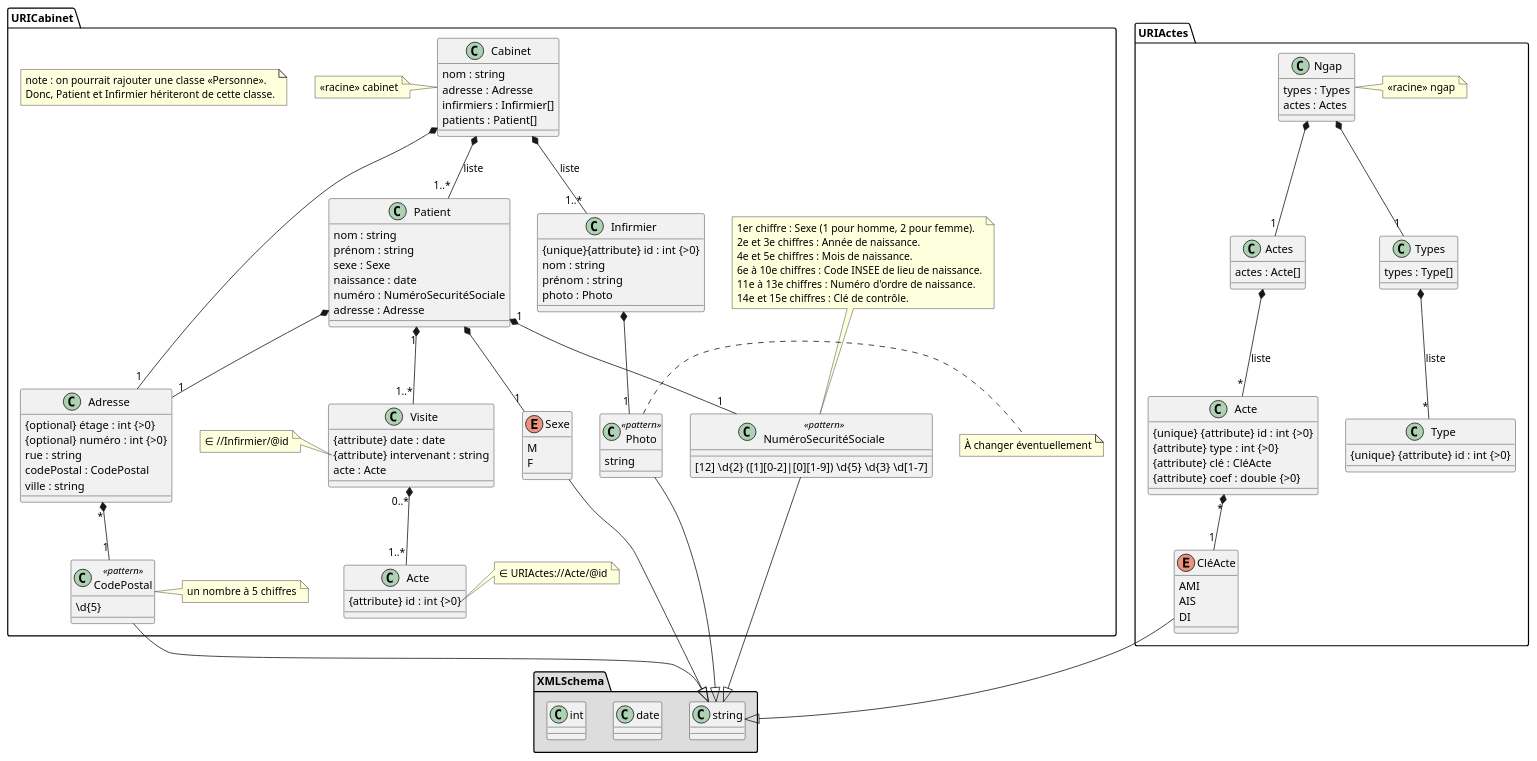
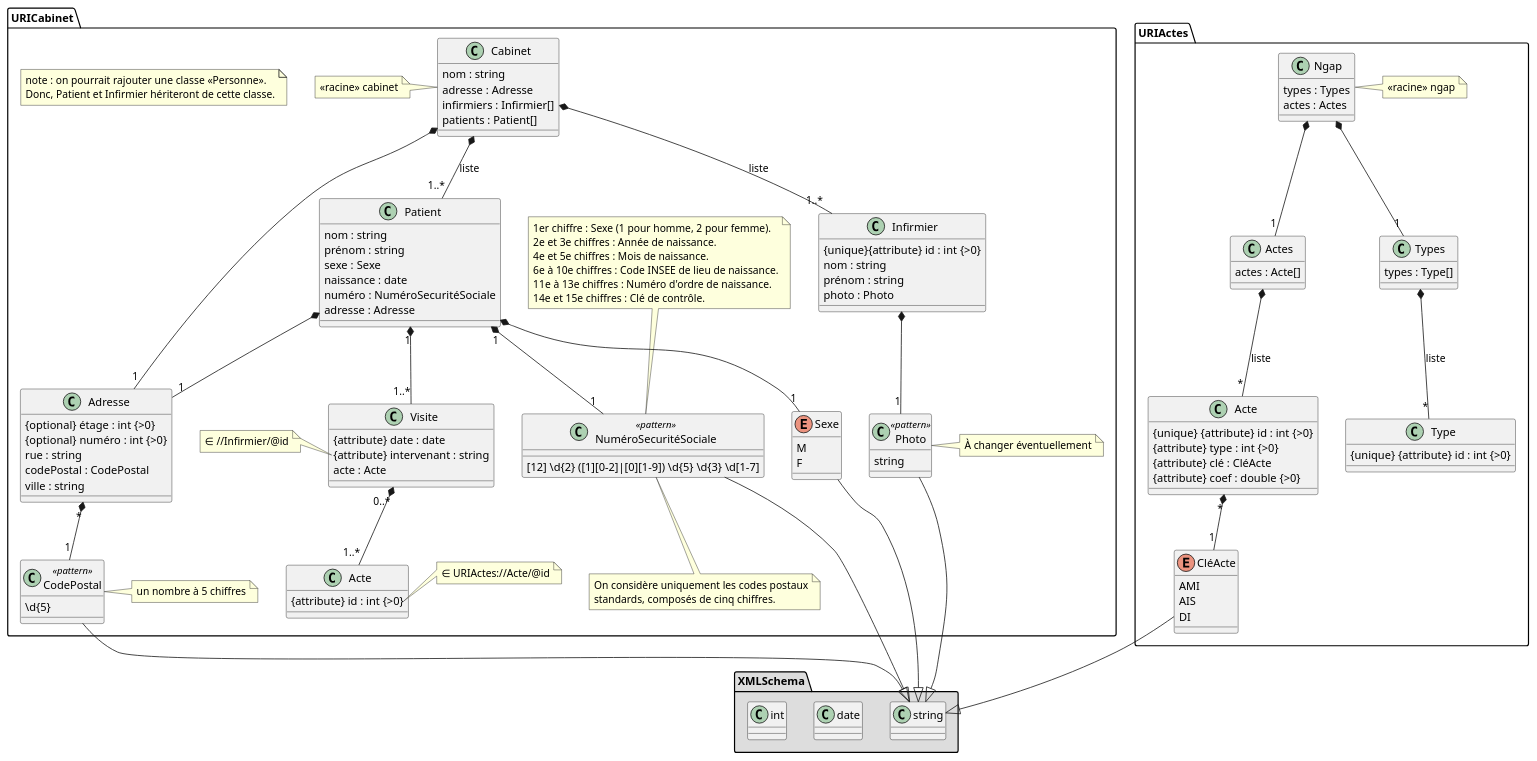
Before and after one commit to TennesseeAlves/CabinetInfirmier: the diagram in data/uml/cabinet.puml, drawn with PlantUML.

Commit message:
minor change cabinet.puml

```diff
--- a/data/uml/cabinet.puml
+++ b/data/uml/cabinet.puml
@@ -1,167 +1,171 @@
 @startuml
 
 'skinparam linetype ortho
 'l'instruction au dessus est pour avoir des lignes orthogonales...
 
 package XMLSchema #DDDDDD {
     class string
     class date
     class int
 }
 
 package URICabinet {
     note as noteHeritagePersonne
         note : on pourrait rajouter une classe «Personne».
         Donc, Patient et Infirmier hériteront de cette classe.
     end note
     
     class Cabinet {
         nom : string
         adresse : Adresse
         infirmiers : Infirmier[]
         patients : Patient[]
     }
     note left of Cabinet
         <<racine>> cabinet
     end note
     
     class Infirmier {
         {unique}{attribute} id : int {>0} 
         nom : string
         prénom : string
         photo : Photo
     }
     class Photo <<pattern>> {
         string
     }
     note right of Photo
         À changer éventuellement
     end note
     
     class Patient {
         nom : string
         prénom : string
         sexe : Sexe
         naissance : date
         numéro : NuméroSecuritéSociale
         adresse : Adresse
     }
     
     class Adresse {
         {optional} étage : int {>0}
         {optional} numéro : int {>0}
         rue : string
         codePostal : CodePostal
         ville : string
     }
     
     Enum Sexe  {
         M
         F
     }
     
     class NuméroSecuritéSociale <<pattern>> {
         [12] \d{2} ([1][0-2]|[0][1-9]) \d{5} \d{3} \d[1-7]
     }
     note top of NuméroSecuritéSociale
         1er chiffre : Sexe (1 pour homme, 2 pour femme).
         2e et 3e chiffres : Année de naissance.
         4e et 5e chiffres : Mois de naissance.
         6e à 10e chiffres : Code INSEE de lieu de naissance.
         11e à 13e chiffres : Numéro d'ordre de naissance.
         14e et 15e chiffres : Clé de contrôle.
+    end note
+    note bottom of NuméroSecuritéSociale
+        On considère uniquement les codes postaux
+        standards, composés de cinq chiffres.
     end note
     
     class CodePostal <<pattern>> {
         \d{5}
     }
     note right of CodePostal
         un nombre à 5 chiffres
     end note
     
     class Visite {
         {attribute} date : date
         {attribute} intervenant : string
         acte : Acte
     }
     note left of Visite::intervenant
         ∈ //Infirmier/@id
     end note
     
     class Acte {
         {attribute} id : int {>0}
     }
     note right of Acte::id
         ∈ URIActes://Acte/@id
     end note
     
     Cabinet *--"1..*" Infirmier : liste
     Cabinet *--"1..*" Patient : liste
     Cabinet *--"1" Adresse
     
     Infirmier *-- "1" Photo
     
     Patient *--"1" Sexe
     Patient "1"*--"1..*" Visite
     Patient "1"*--"1" NuméroSecuritéSociale
     Patient *--"1" Adresse
     
     Visite "0..*"*--"1..*" Acte
     
     Adresse "*" *--"1" CodePostal
     
     Sexe --|> string
     NuméroSecuritéSociale --|> string
     CodePostal --|> string
     Photo --|> string
 }
 
 
 
 package URIActes {
     class Ngap {
         types : Types
         actes : Actes
     }
     note right of Ngap
         «racine» ngap
     end note
     class Acte {
         {unique} {attribute} id : int {>0}
         {attribute} type : int {>0}
         {attribute} clé : CléActe
         {attribute} coef : double {>0}
     }
     note right of Acte::type
         ∈ //Type/@id
     end note
     
     class Actes {
         actes : Acte[]
     }
     
     class Type {
         {unique} {attribute} id : int {>0}
     }
     class Types {
         types : Type[]
     }
     
     enum CléActe {
         AMI
         AIS
         DI
     }
     
     Ngap *--"1" Types
     Ngap *--"1" Actes
     
     Actes *--"*" Acte : liste
     Acte "*"*--"1" CléActe
     
     Types *--"*" Type : liste
     
     CléActe --|> string
 }
 
 @enduml
```
